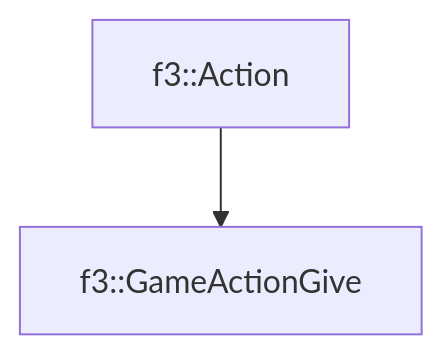
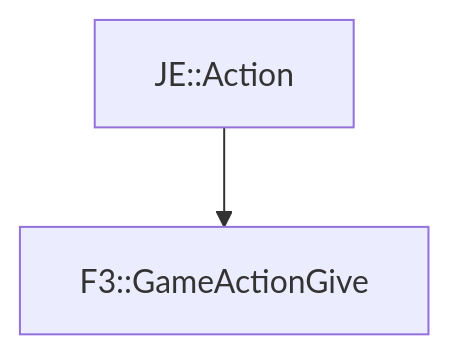
One commit to OpenJE/openvb changed the diagram in docs/f3/GameActionGive.md. Above: the diagram before and after it, drawn with Mermaid. The commit also changed other lines of this file and 1399 other files, not shown here.

````diff
--- a/docs/f3/GameActionGive.md
+++ b/docs/f3/GameActionGive.md
@@ -16,4 +16,4 @@
 ```mermaid
 graph TD;
-    f3::Action --> f3::GameActionGive
+    JE::Action --> F3::GameActionGive
 ```
````
